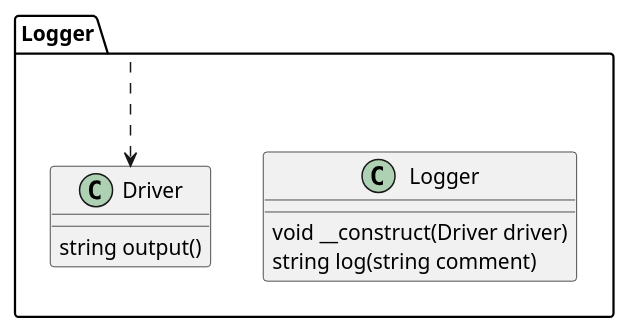
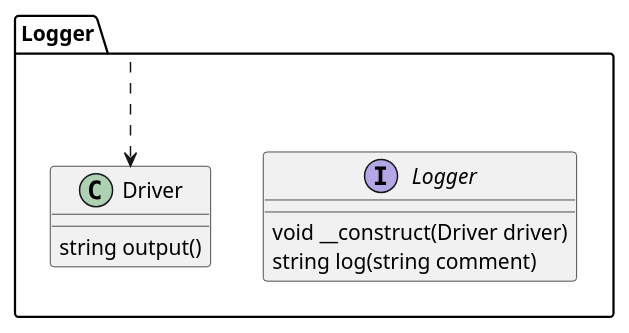
Before and after one commit to Nao-RandD/DesignPatternUML: the diagram in ClassTest.pu, drawn with PlantUML. The commit also changed 1 other file, not shown here.

```diff
--- a/ClassTest.pu
+++ b/ClassTest.pu
@@ -1,13 +1,13 @@
 @startuml
 package Logger {
-    class Logger {
+    interface Logger {
         void __construct(Driver driver)
         string log(string comment)
     }
     class Driver {
         string output()
     }
 }
 
 Logger ..> Driver
 @enduml
```
